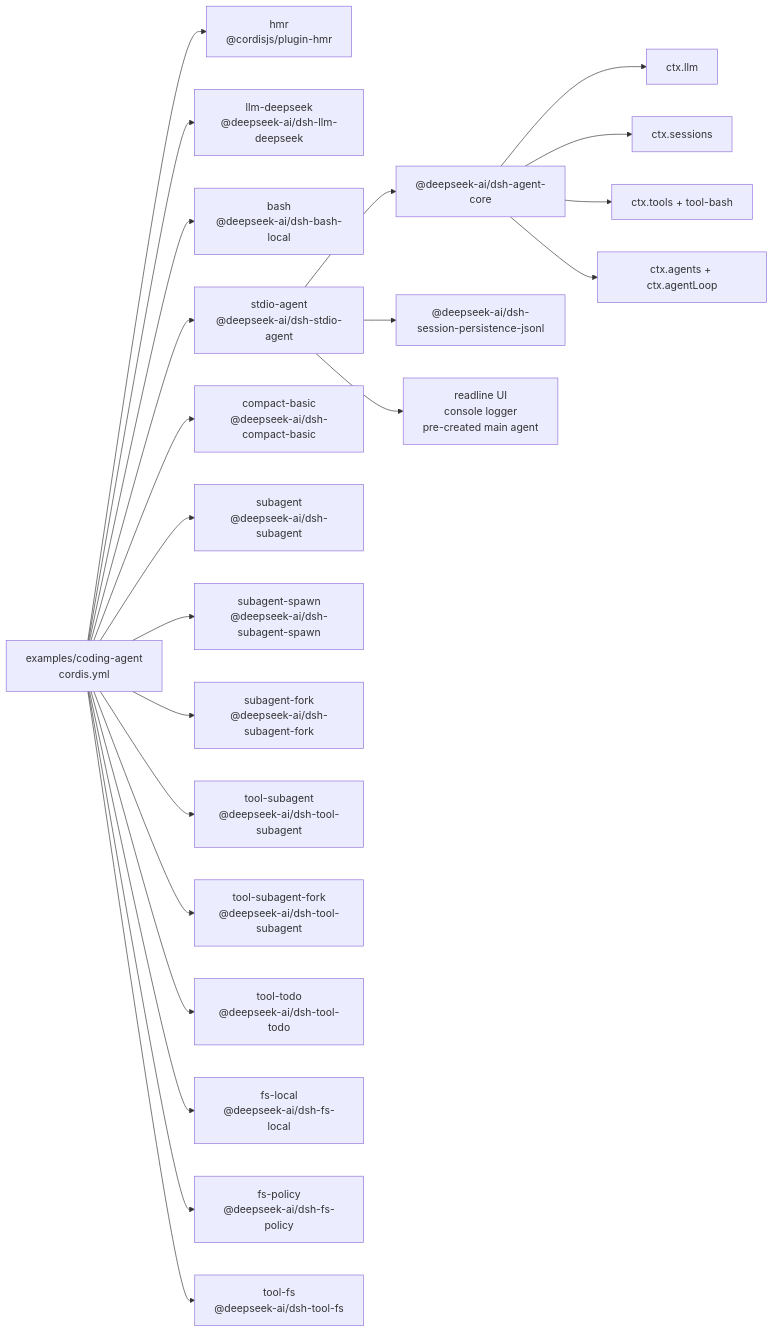
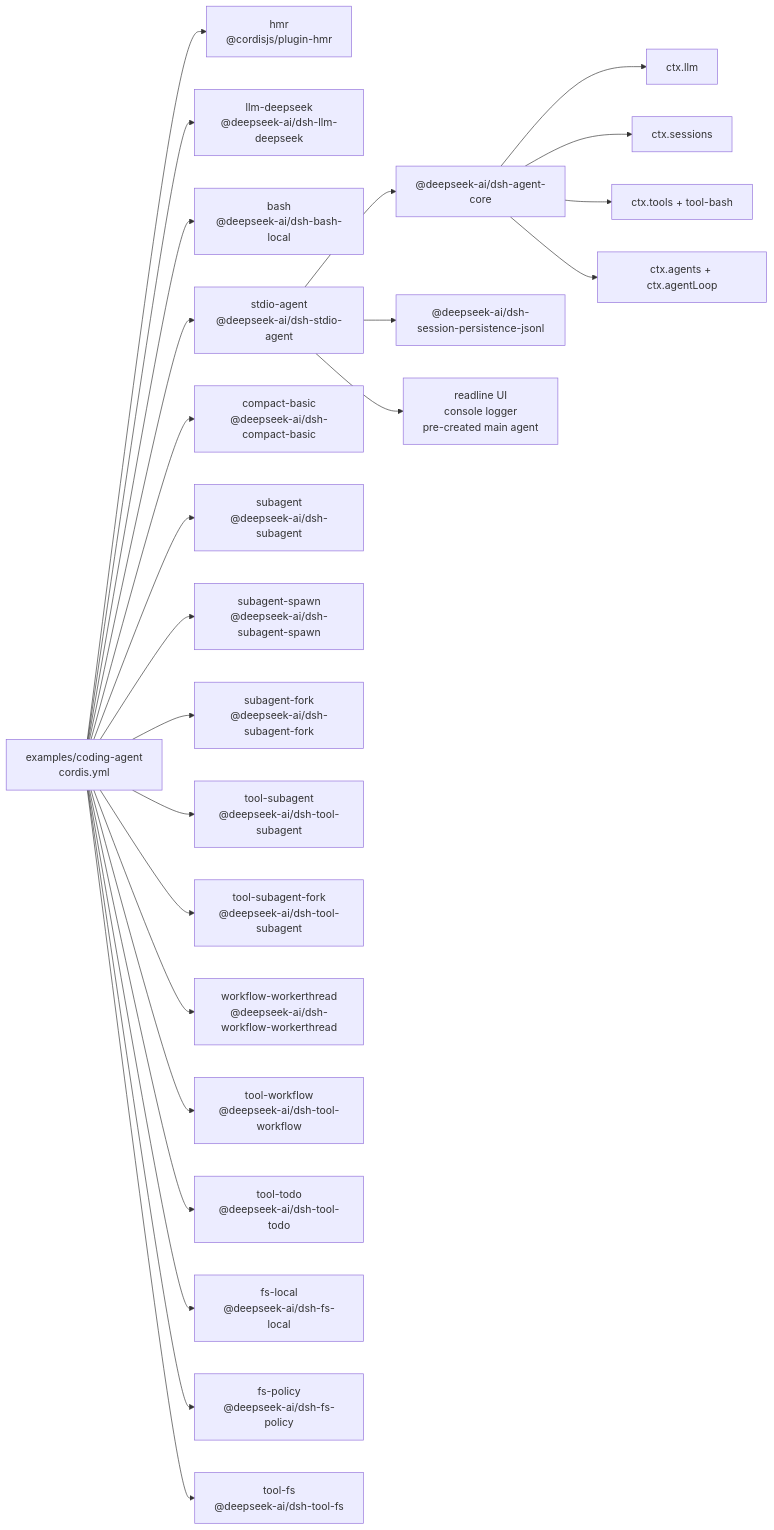
Before and after one commit to eru123/coco-harness: the diagram in examples/coding-agent/composition.md, drawn with Mermaid. The commit also changed other lines of this file and 132 other files, not shown here.

First line of the commit message:
Merge pull request #233 from deepseek-harness/workflow-vm-to-workerthread

````diff
--- a/examples/coding-agent/composition.md
+++ b/examples/coding-agent/composition.md
@@ -8,39 +8,43 @@
 ```mermaid
 flowchart LR
   cfg["examples/coding-agent<br/>cordis.yml"]
   plugin_coding_hmr["hmr<br/>@cordisjs/plugin-hmr"]
   cfg --> plugin_coding_hmr
   plugin_coding_llm_deepseek["llm-deepseek<br/>@deepseek-ai/dsh-llm-deepseek"]
   cfg --> plugin_coding_llm_deepseek
   plugin_coding_bash["bash<br/>@deepseek-ai/dsh-bash-local"]
   cfg --> plugin_coding_bash
   plugin_coding_stdio_agent["stdio-agent<br/>@deepseek-ai/dsh-stdio-agent"]
   cfg --> plugin_coding_stdio_agent
   plugin_coding_stdio_agent --> bundle_agent_core["@deepseek-ai/dsh-agent-core"]
   plugin_coding_stdio_agent --> bundle_jsonl["@deepseek-ai/dsh-session-persistence-jsonl"]
   plugin_coding_stdio_agent --> frontdoor_stdio["readline UI<br/>console logger<br/>pre-created main agent"]
   bundle_agent_core --> spine_llm["ctx.llm"]
   bundle_agent_core --> spine_sessions["ctx.sessions"]
   bundle_agent_core --> spine_tools["ctx.tools + tool-bash"]
   bundle_agent_core --> spine_loop["ctx.agents + ctx.agentLoop"]
   plugin_coding_compact_basic["compact-basic<br/>@deepseek-ai/dsh-compact-basic"]
   cfg --> plugin_coding_compact_basic
   plugin_coding_subagent["subagent<br/>@deepseek-ai/dsh-subagent"]
   cfg --> plugin_coding_subagent
   plugin_coding_subagent_spawn["subagent-spawn<br/>@deepseek-ai/dsh-subagent-spawn"]
   cfg --> plugin_coding_subagent_spawn
   plugin_coding_subagent_fork["subagent-fork<br/>@deepseek-ai/dsh-subagent-fork"]
   cfg --> plugin_coding_subagent_fork
   plugin_coding_tool_subagent["tool-subagent<br/>@deepseek-ai/dsh-tool-subagent"]
   cfg --> plugin_coding_tool_subagent
   plugin_coding_tool_subagent_fork["tool-subagent-fork<br/>@deepseek-ai/dsh-tool-subagent"]
   cfg --> plugin_coding_tool_subagent_fork
+  plugin_coding_workflow_workerthread["workflow-workerthread<br/>@deepseek-ai/dsh-workflow-workerthread"]
+  cfg --> plugin_coding_workflow_workerthread
+  plugin_coding_tool_workflow["tool-workflow<br/>@deepseek-ai/dsh-tool-workflow"]
+  cfg --> plugin_coding_tool_workflow
   plugin_coding_tool_todo["tool-todo<br/>@deepseek-ai/dsh-tool-todo"]
   cfg --> plugin_coding_tool_todo
   plugin_coding_fs_local["fs-local<br/>@deepseek-ai/dsh-fs-local"]
   cfg --> plugin_coding_fs_local
   plugin_coding_fs_policy["fs-policy<br/>@deepseek-ai/dsh-fs-policy"]
   cfg --> plugin_coding_fs_policy
   plugin_coding_tool_fs["tool-fs<br/>@deepseek-ai/dsh-tool-fs"]
   cfg --> plugin_coding_tool_fs
 ```
````
